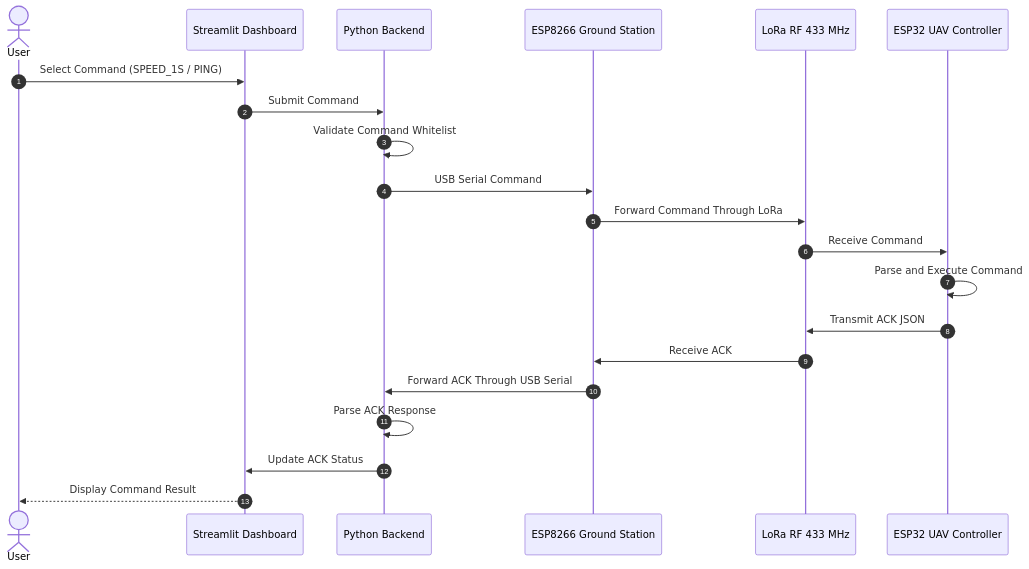
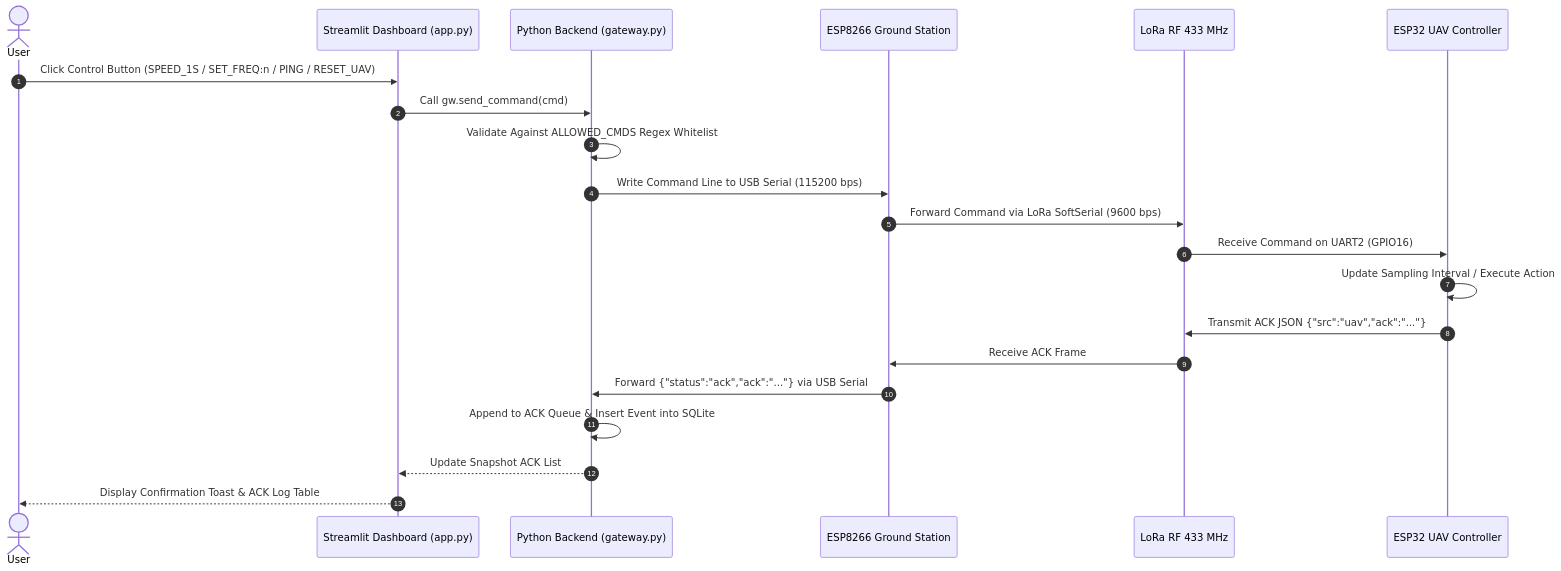
Before and after one commit to phllonq/26FA-IA2103-Group5-IOT102-FinalReport: the sixth of 6 diagrams in Diagrams/README.md, drawn with Mermaid. The commit also changed other lines of this file, not shown here.

````diff
--- a/Diagrams/README.md
+++ b/Diagrams/README.md
@@ -499,25 +414,25 @@
 ```mermaid
 sequenceDiagram
     autonumber
 
     actor User
-    participant UI as Streamlit Dashboard
-    participant P as Python Backend
+    participant UI as Streamlit Dashboard (app.py)
+    participant P as Python Backend (gateway.py)
     participant G as ESP8266 Ground Station
     participant R as LoRa RF 433 MHz
     participant U as ESP32 UAV Controller
 
-    User->>UI: Select Command (SPEED_1S / PING)
-    UI->>P: Submit Command
-    P->>P: Validate Command Whitelist
-    P->>G: USB Serial Command
-    G->>R: Forward Command Through LoRa
-    R->>U: Receive Command
-    U->>U: Parse and Execute Command
-    U->>R: Transmit ACK JSON
-    R->>G: Receive ACK
-    G->>P: Forward ACK Through USB Serial
-    P->>P: Parse ACK Response
-    P->>UI: Update ACK Status
-    UI-->>User: Display Command Result
+    User->>UI: Click Control Button (SPEED_1S / SET_FREQ:n / PING / RESET_UAV)
+    UI->>P: Call gw.send_command(cmd)
+    P->>P: Validate Against ALLOWED_CMDS Regex Whitelist
+    P->>G: Write Command Line to USB Serial (115200 bps)
+    G->>R: Forward Command via LoRa SoftSerial (9600 bps)
+    R->>U: Receive Command on UART2 (GPIO16)
+    U->>U: Update Sampling Interval / Execute Action
+    U->>R: Transmit ACK JSON {"src":"uav","ack":"..."}
+    R->>G: Receive ACK Frame
+    G->>P: Forward {"status":"ack","ack":"..."} via USB Serial
+    P->>P: Append to ACK Queue & Insert Event into SQLite
+    P-->>UI: Update Snapshot ACK List
+    UI-->>User: Display Confirmation Toast & ACK Log Table
 ```
````
